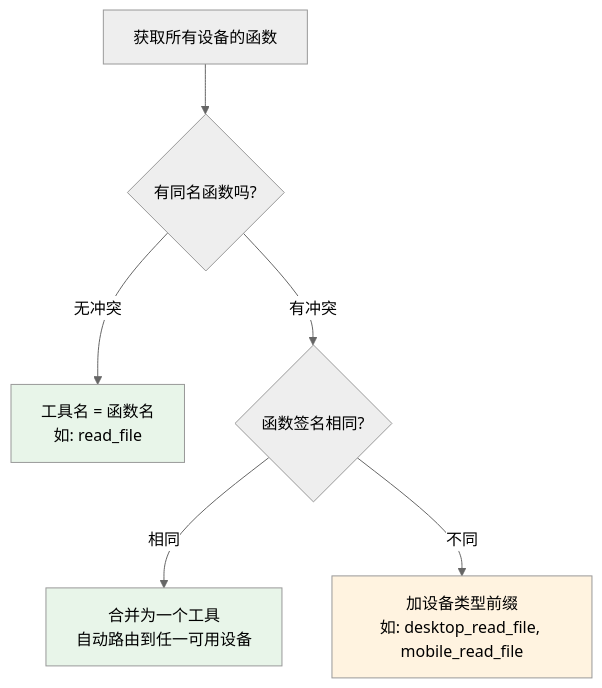
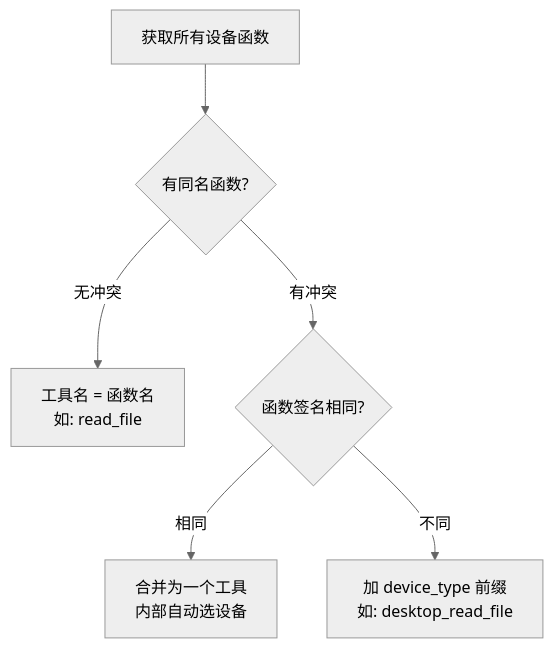
The sixth of 6 diagrams in docs/DESIGN_CLIENT_FUNCTION_AGENT_TOOLS.md (PineappleBond/xyncra-server), drawn with Mermaid (neutral theme) before and after one commit. The commit also changed other lines of this file, not shown here.

````diff
--- a/docs/DESIGN_CLIENT_FUNCTION_AGENT_TOOLS.md
+++ b/docs/DESIGN_CLIENT_FUNCTION_AGENT_TOOLS.md
@@ -702,12 +663,8 @@
 ```mermaid
 flowchart TD
-    A["获取所有设备的函数"] --> B{"有同名函数吗?"}
+    A["获取所有设备函数"] --> B{"有同名函数?"}
     B -->|无冲突| C["工具名 = 函数名<br/>如: read_file"]
     B -->|有冲突| D{"函数签名相同?"}
-    D -->|相同| E["合并为一个工具<br/>自动路由到任一可用设备"]
-    D -->|不同| F["加设备类型前缀<br/>如: desktop_read_file, mobile_read_file"]
-
-    style C fill:#e8f5e9
-    style E fill:#e8f5e9
-    style F fill:#fff3e0
+    D -->|相同| E["合并为一个工具<br/>内部自动选设备"]
+    D -->|不同| F["加 device_type 前缀<br/>如: desktop_read_file"]
 ```
````
